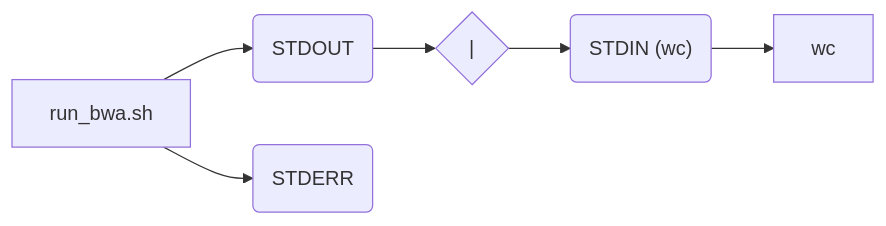
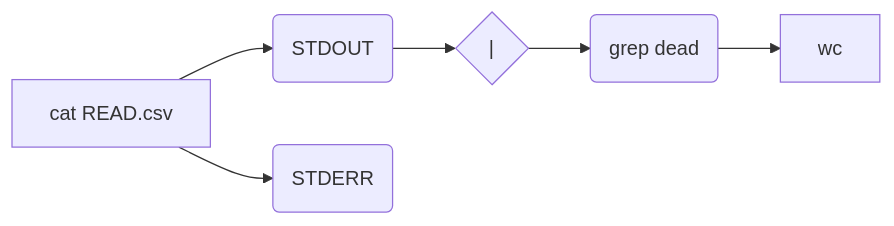
Before and after one commit to fhdsl/bash_for_bio: the second of 3 diagrams in slides-fall-2026/lesson2_slides.qmd, drawn with Mermaid. The commit also changed other lines of this file and 4 other files, not shown here.

````diff
--- a/slides-fall-2026/lesson2_slides.qmd
+++ b/slides-fall-2026/lesson2_slides.qmd
@@ -59,8 +83,8 @@
 ```{mermaid}
 graph LR
-  E[run_bwa.sh] --> B(STDOUT)
+  E[cat READ.csv] --> B(STDOUT)
   B --> F{"|"}
   E --> C(STDERR)
-  F --> D("STDIN (wc)")
+  F --> D("grep dead ")
   D --> G[wc]
 ```
````
